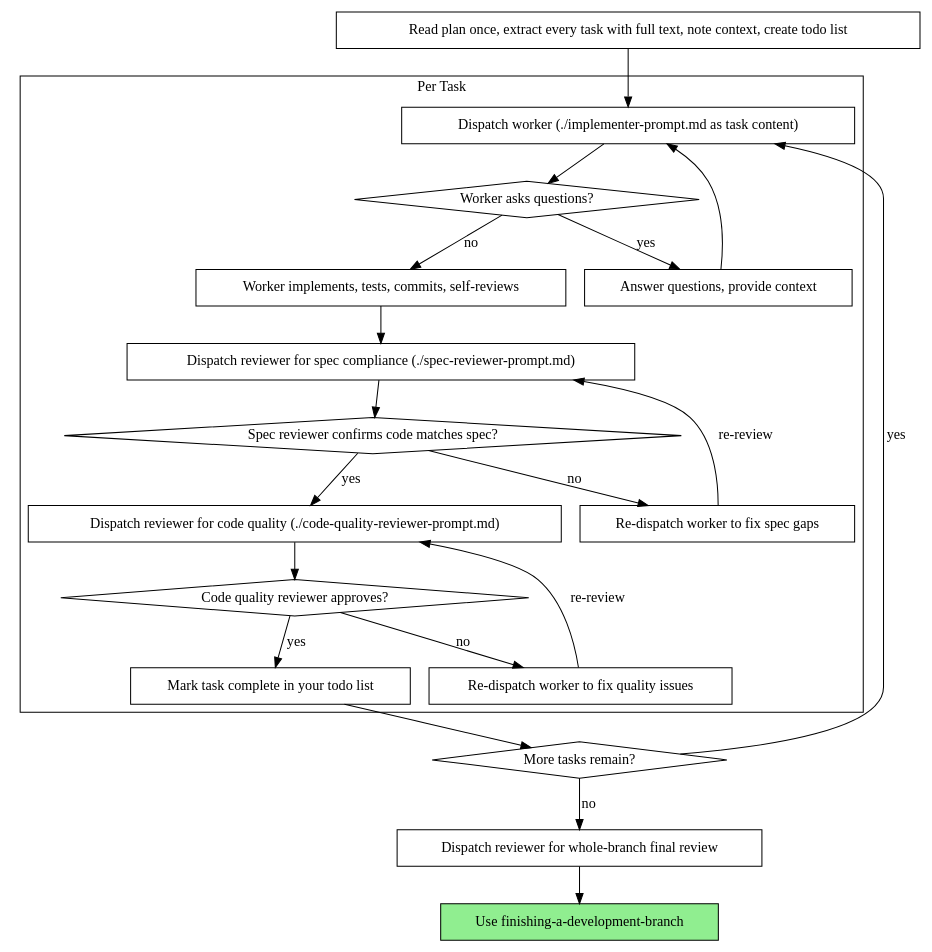
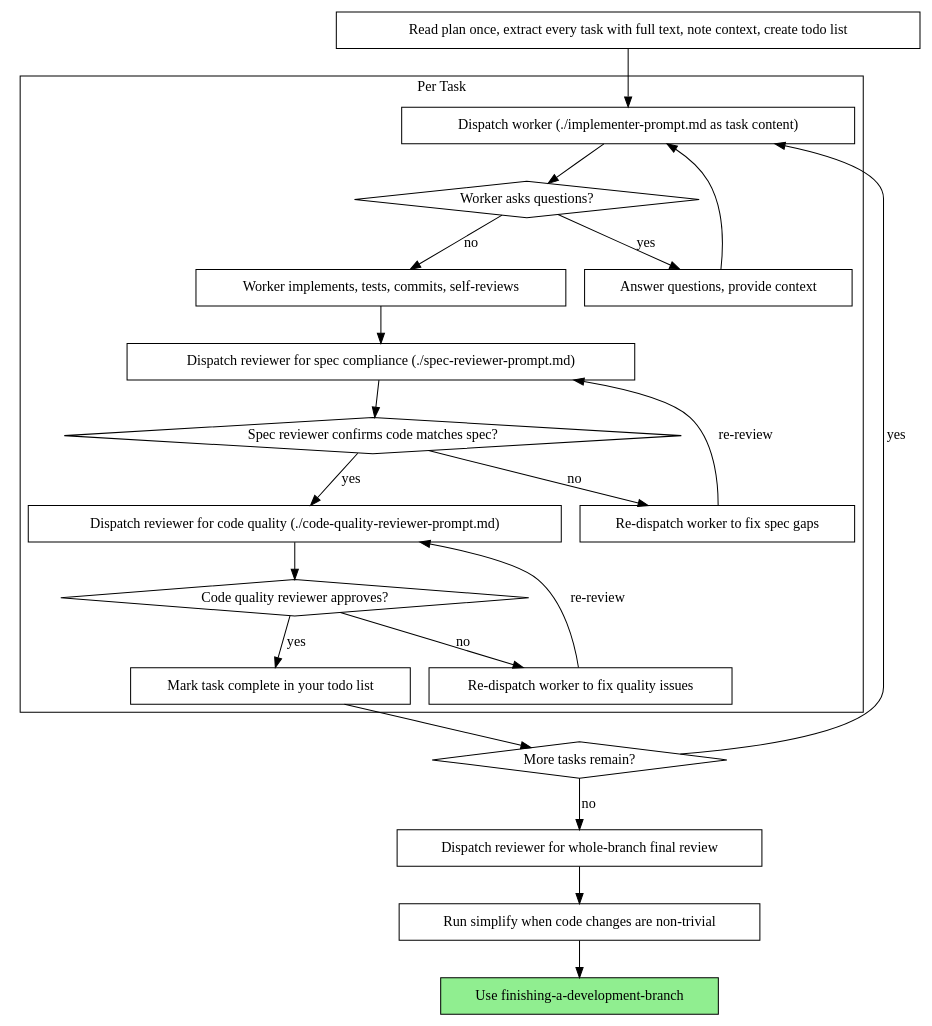
One commit to fgladisch/pi-skills changed the second of 2 diagrams in skills/subagent-driven-development/SKILL.md. Above: the diagram before and after it, drawn with Graphviz. The commit also changed other lines of this file and 13 other files, not shown here.

````diff
--- a/skills/subagent-driven-development/SKILL.md
+++ b/skills/subagent-driven-development/SKILL.md
@@ -77,44 +77,46 @@
 ```dot
 digraph process {
     rankdir=TB;
 
     subgraph cluster_per_task {
         label="Per Task";
         "Dispatch worker (./implementer-prompt.md as task content)" [shape=box];
         "Worker asks questions?" [shape=diamond];
         "Answer questions, provide context" [shape=box];
         "Worker implements, tests, commits, self-reviews" [shape=box];
         "Dispatch reviewer for spec compliance (./spec-reviewer-prompt.md)" [shape=box];
         "Spec reviewer confirms code matches spec?" [shape=diamond];
         "Re-dispatch worker to fix spec gaps" [shape=box];
         "Dispatch reviewer for code quality (./code-quality-reviewer-prompt.md)" [shape=box];
         "Code quality reviewer approves?" [shape=diamond];
         "Re-dispatch worker to fix quality issues" [shape=box];
         "Mark task complete in your todo list" [shape=box];
     }
 
     "Read plan once, extract every task with full text, note context, create todo list" [shape=box];
     "More tasks remain?" [shape=diamond];
     "Dispatch reviewer for whole-branch final review" [shape=box];
+    "Run simplify when code changes are non-trivial" [shape=box];
     "Use finishing-a-development-branch" [shape=box style=filled fillcolor=lightgreen];
 
     "Read plan once, extract every task with full text, note context, create todo list" -> "Dispatch worker (./implementer-prompt.md as task content)";
     "Dispatch worker (./implementer-prompt.md as task content)" -> "Worker asks questions?";
     "Worker asks questions?" -> "Answer questions, provide context" [label="yes"];
     "Answer questions, provide context" -> "Dispatch worker (./implementer-prompt.md as task content)";
     "Worker asks questions?" -> "Worker implements, tests, commits, self-reviews" [label="no"];
     "Worker implements, tests, commits, self-reviews" -> "Dispatch reviewer for spec compliance (./spec-reviewer-prompt.md)";
     "Dispatch reviewer for spec compliance (./spec-reviewer-prompt.md)" -> "Spec reviewer confirms code matches spec?";
     "Spec reviewer confirms code matches spec?" -> "Re-dispatch worker to fix spec gaps" [label="no"];
     "Re-dispatch worker to fix spec gaps" -> "Dispatch reviewer for spec compliance (./spec-reviewer-prompt.md)" [label="re-review"];
     "Spec reviewer confirms code matches spec?" -> "Dispatch reviewer for code quality (./code-quality-reviewer-prompt.md)" [label="yes"];
     "Dispatch reviewer for code quality (./code-quality-reviewer-prompt.md)" -> "Code quality reviewer approves?";
     "Code quality reviewer approves?" -> "Re-dispatch worker to fix quality issues" [label="no"];
     "Re-dispatch worker to fix quality issues" -> "Dispatch reviewer for code quality (./code-quality-reviewer-prompt.md)" [label="re-review"];
     "Code quality reviewer approves?" -> "Mark task complete in your todo list" [label="yes"];
     "Mark task complete in your todo list" -> "More tasks remain?";
     "More tasks remain?" -> "Dispatch worker (./implementer-prompt.md as task content)" [label="yes"];
     "More tasks remain?" -> "Dispatch reviewer for whole-branch final review" [label="no"];
-    "Dispatch reviewer for whole-branch final review" -> "Use finishing-a-development-branch";
+    "Dispatch reviewer for whole-branch final review" -> "Run simplify when code changes are non-trivial";
+    "Run simplify when code changes are non-trivial" -> "Use finishing-a-development-branch";
 }
 ```
````
